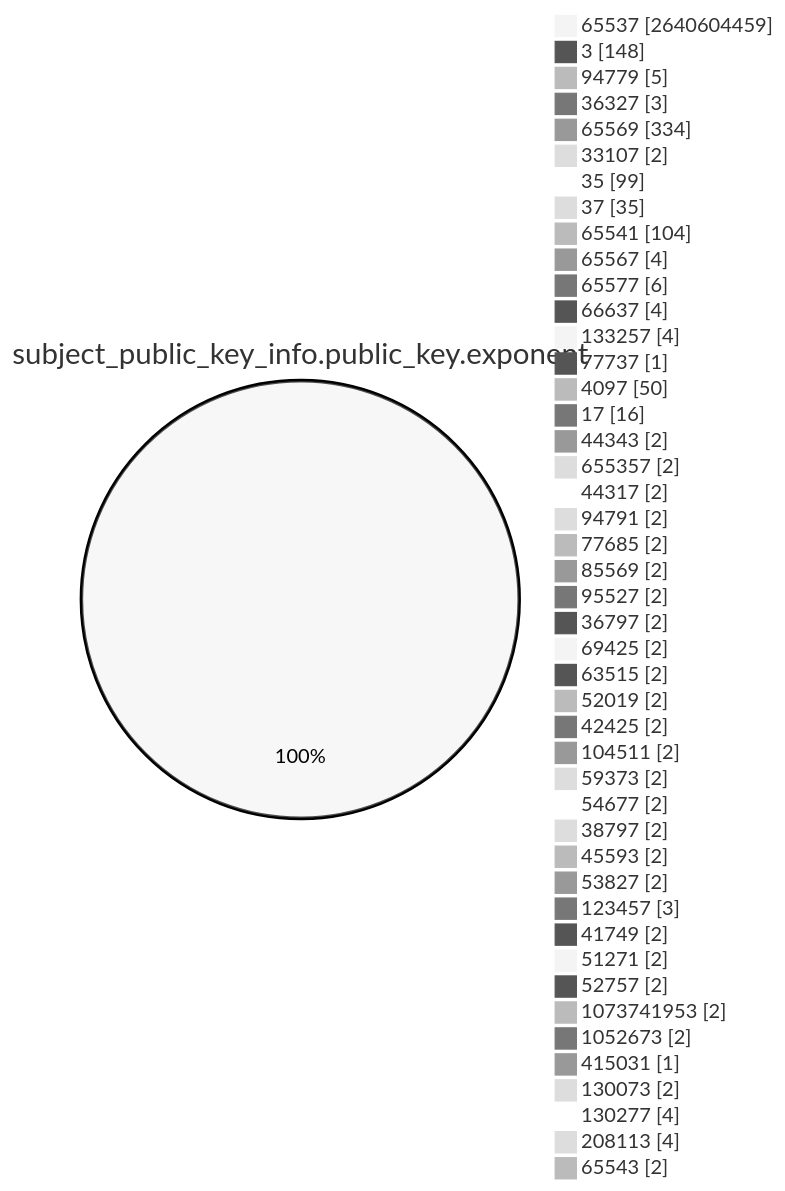
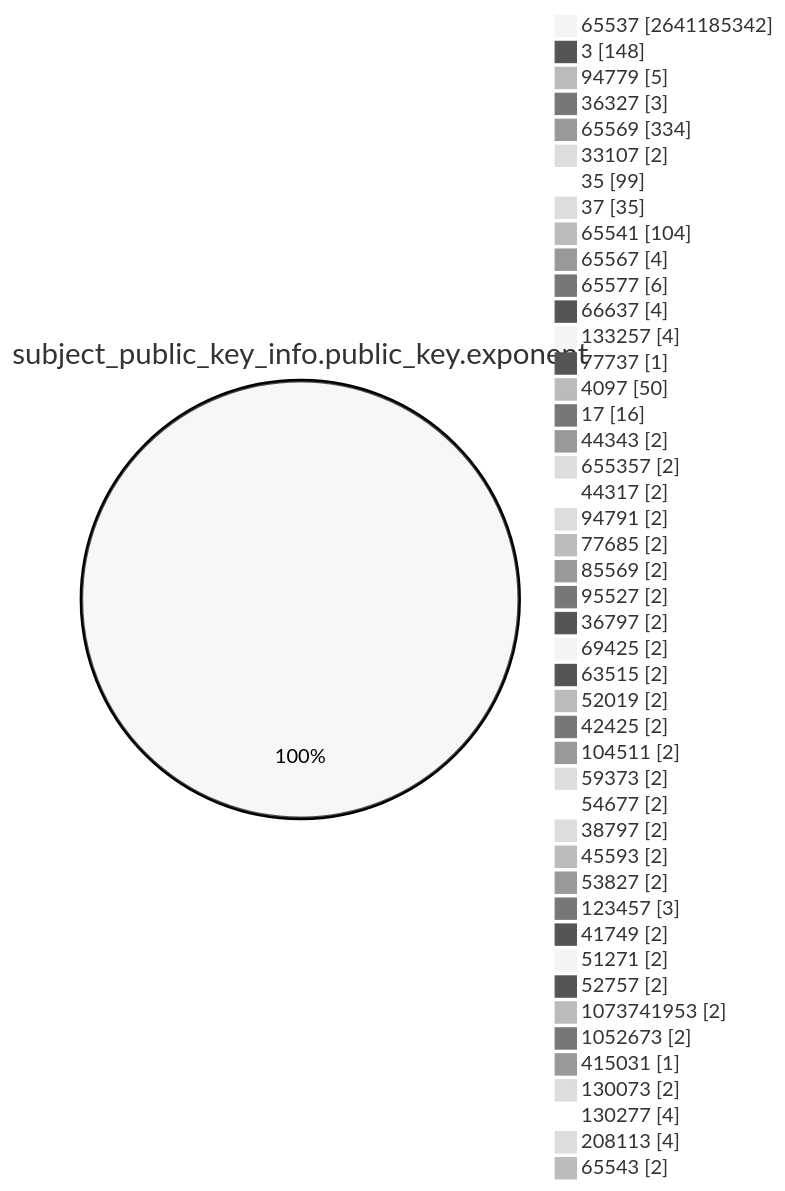
Before and after one commit to christiankrug/ctmonitor_visualization: the fourth of 15 diagrams in TOTAL/README.md, drawn with Mermaid (neutral theme). The commit also changed other lines of this file, not shown here.

````diff
--- a/TOTAL/README.md
+++ b/TOTAL/README.md
@@ -1466,49 +1466,49 @@
 ```mermaid
 pie showData
 title subject_public_key_info.public_key.exponent
-"65537" :2640604459
+"65537" :2641185342
 "3" :148
 "94779" :5
 "36327" :3
 "65569" :334
 "33107" :2
 "35" :99
 "37" :35
 "65541" :104
 "65567" :4
 "65577" :6
 "66637" :4
 "133257" :4
 "77737" :1
 "4097" :50
 "17" :16
 "44343" :2
 "655357" :2
 "44317" :2
 "94791" :2
 "77685" :2
 "85569" :2
 "95527" :2
 "36797" :2
 "69425" :2
 "63515" :2
 "52019" :2
 "42425" :2
 "104511" :2
 "59373" :2
 "54677" :2
 "38797" :2
 "45593" :2
 "53827" :2
 "123457" :3
 "41749" :2
 "51271" :2
 "52757" :2
 "1073741953" :2
 "1052673" :2
 "415031" :1
 "130073" :2
 "130277" :4
 "208113" :4
 "65543" :2
 ```
````
